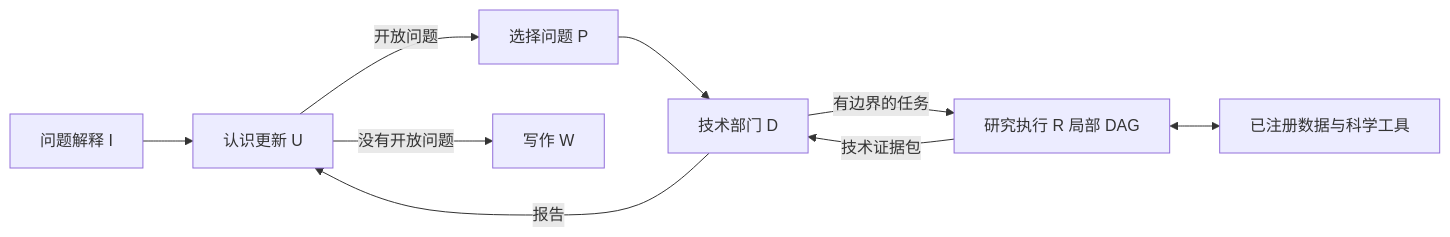
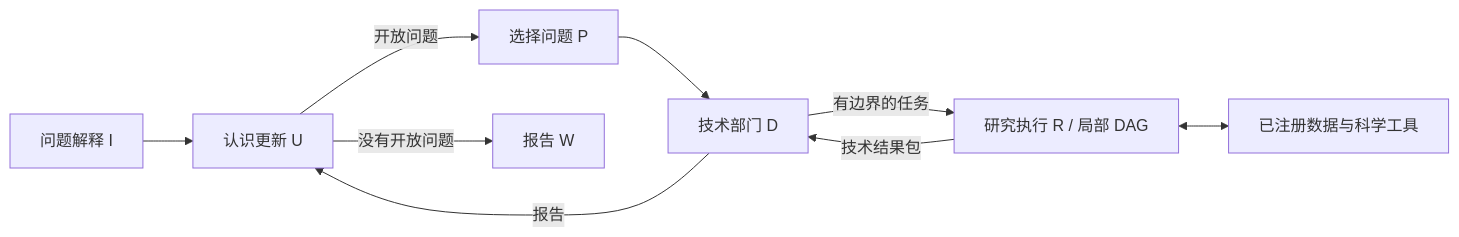
Before and after one commit to dvdsvc/ariadne: the diagram in README.zh-CN.md, drawn with Mermaid. The commit also changed other lines of this file and 4 other files, not shown here.

````diff
--- a/README.zh-CN.md
+++ b/README.zh-CN.md
@@ -22,11 +60,11 @@
 ```mermaid
 flowchart LR
     I[问题解释 I] --> U[认识更新 U]
     U -->|开放问题| P[选择问题 P]
     P --> D[技术部门 D]
-    D -->|有边界的任务| R[研究执行 R 局部 DAG]
-    R -->|技术证据包| D
+    D -->|有边界的任务| R[研究执行 R / 局部 DAG]
+    R -->|技术结果包| D
     D -->|报告| U
-    U -->|没有开放问题| W[写作 W]
+    U -->|没有开放问题| W[报告 W]
     R <--> T[已注册数据与科学工具]
 ```
````
